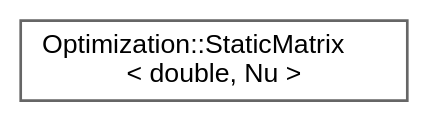
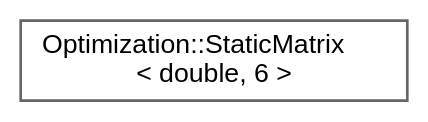
The diagram in inherit_graph_68.dot (jswoo0615/Algorithms_for_Optimization_cpp), drawn with Graphviz before and after one commit. The commit also changed 57 other files, not shown here.

```diff
--- a/inherit_graph_68.dot
+++ b/inherit_graph_68.dot
@@ -1,9 +1,9 @@
 digraph "Graphical Class Hierarchy"
 {
  // LATEX_PDF_SIZE
   bgcolor="transparent";
   edge [fontname=Helvetica,fontsize=10,labelfontname=Helvetica,labelfontsize=10];
   node [fontname=Helvetica,fontsize=10,shape=box,height=0.2,width=0.4];
   rankdir="LR";
-  Node0 [id="Node000000",label="Optimization::StaticMatrix\l\< double, Nu \>",height=0.2,width=0.4,color="grey40", fillcolor="white", style="filled",URL="$classOptimization_1_1StaticMatrix.html",tooltip=" "];
+  Node0 [id="Node000000",label="Optimization::StaticMatrix\l\< double, 6 \>",height=0.2,width=0.4,color="grey40", fillcolor="white", style="filled",URL="$classOptimization_1_1StaticMatrix.html",tooltip=" "];
 }
```
